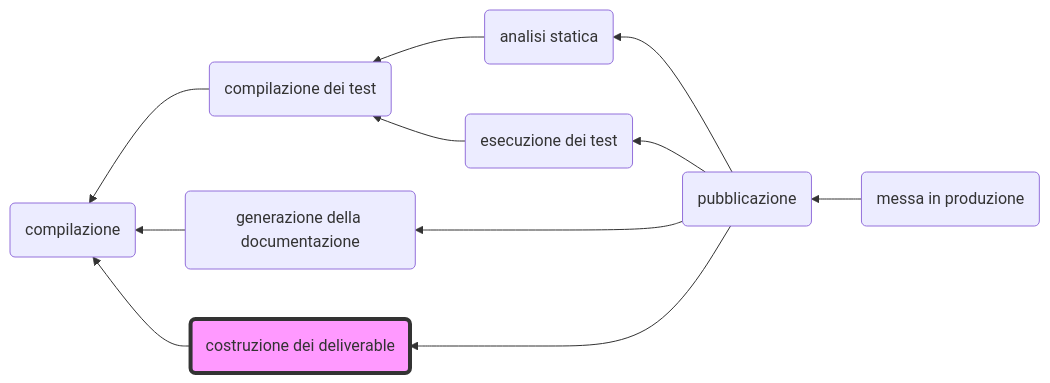
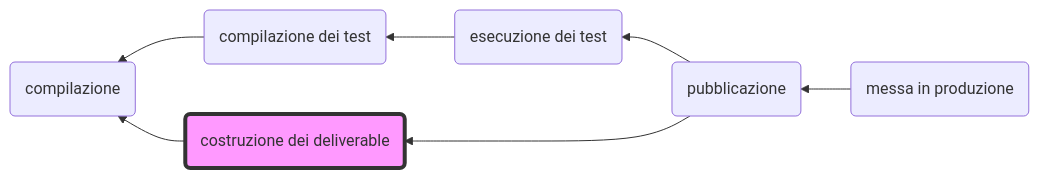
Before and after one commit to unibo-lptsi-pss/pss-slides: the first of 2 diagrams in lecture-markdown/content/lab/08-jar/generator.md, drawn with Mermaid. The commit also changed other lines of this file, not shown here.

````diff
--- a/lecture-markdown/content/lab/08-jar/generator.md
+++ b/lecture-markdown/content/lab/08-jar/generator.md
@@ -30,22 +28,18 @@
 ```mermaid
 flowchart RL
 
 compile(compilazione)
 compileTest(compilazione dei test):::test
-staticAnalysis(analisi statica):::staticAnalysis
 test(esecuzione dei test):::test
-docs(generazione della documentazione):::docs
 jar(costruzione dei deliverable):::jar
 delivery(pubblicazione)
 deploy(messa in produzione)
-staticAnalysis --> compileTest --> compile
+compileTest --> compile
 test --> compileTest
-docs --> compile
 jar --> compile
 delivery --> test
 delivery --> jar
-delivery --> docs
-deploy --> delivery --> staticAnalysis
+deploy --> delivery
 
 classDef jar fill:#f9f,stroke:#333,stroke-width:4px
 ```
````
